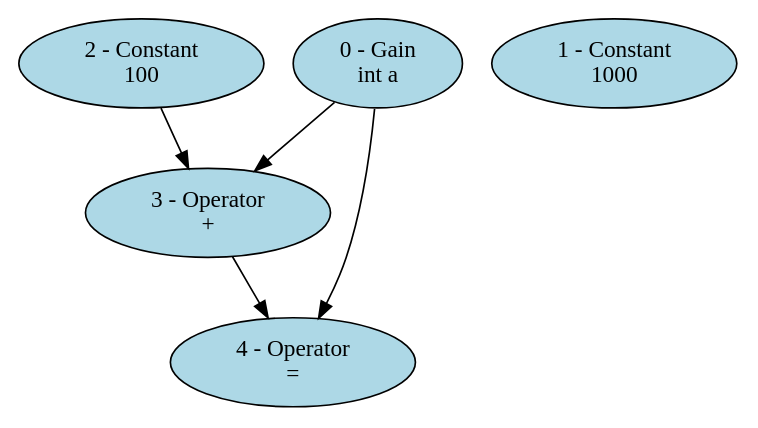
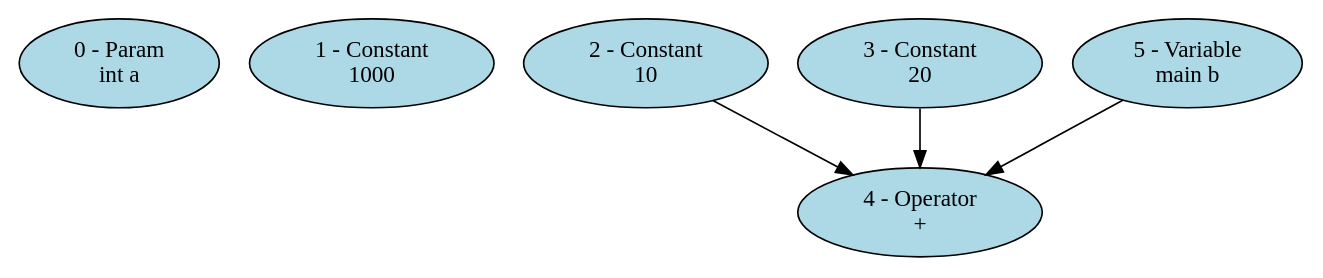
One commit to BentleyJOakes/SourceToSimulink changed the diagram in examples/simple.dot. Above: the diagram before and after it, drawn with Graphviz. The commit also changed 5 other files, not shown here.

```diff
--- a/examples/simple.dot
+++ b/examples/simple.dot
@@ -1,11 +1,11 @@
 digraph simple {
-"0 - Gain\nint a" [style=filled, fillcolor=lightblue];
-"1 - Constant\n1000" [style=filled, fillcolor=lightblue];
-"2 - Constant\n100" [style=filled, fillcolor=lightblue];
-"3 - Operator\n+" [style=filled, fillcolor=lightblue];
-"4 - Operator\n=" [style=filled, fillcolor=lightblue];
-"0 - Gain\nint a" -> "3 - Operator\n+";
-"2 - Constant\n100" -> "3 - Operator\n+";
-"0 - Gain\nint a" -> "4 - Operator\n=";
-"3 - Operator\n+" -> "4 - Operator\n=";
+"0 - Param\nint a" [fillcolor=lightblue, style=filled];
+"1 - Constant\n1000" [fillcolor=lightblue, style=filled];
+"2 - Constant\n10" [fillcolor=lightblue, style=filled];
+"3 - Constant\n20" [fillcolor=lightblue, style=filled];
+"4 - Operator\n+" [fillcolor=lightblue, style=filled];
+"5 - Variable\nmain b" [fillcolor=lightblue, style=filled];
+"2 - Constant\n10" -> "4 - Operator\n+";
+"3 - Constant\n20" -> "4 - Operator\n+";
+"5 - Variable\nmain b" -> "4 - Operator\n+";
 }
```
